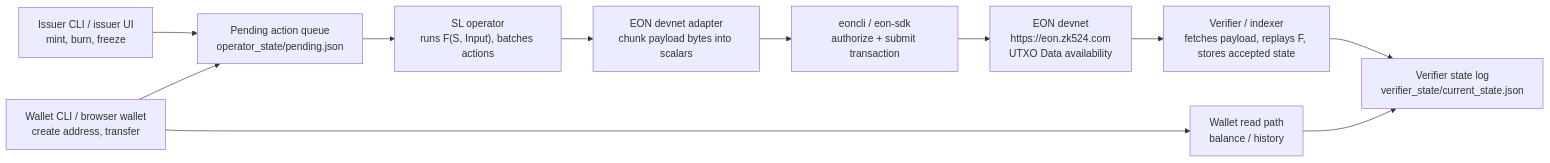
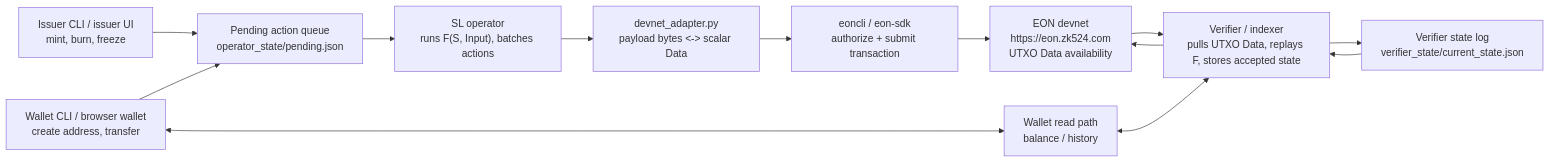
The diagram in README.md (bryfeng/eon-payment-sl-demo), drawn with Mermaid before and after one commit. The commit also changed other lines of this file and 6 other files, not shown here.

Commit message:
Add devnet payload sequencing

````diff
--- a/README.md
+++ b/README.md
@@ -51,24 +54,26 @@
 ```mermaid
 flowchart LR
   issuer["Issuer CLI / issuer UI<br/>mint, burn, freeze"]
   wallet["Wallet CLI / browser wallet<br/>create address, transfer"]
   walletRead["Wallet read path<br/>balance / history"]
   pending["Pending action queue<br/>operator_state/pending.json"]
   operator["SL operator<br/>runs F(S, Input), batches actions"]
-  adapter["EON devnet adapter<br/>chunk payload bytes into scalars"]
+  adapter["devnet_adapter.py<br/>payload bytes <-> scalar Data"]
   eoncli["eoncli / eon-sdk<br/>authorize + submit transaction"]
   devnet["EON devnet<br/>https://eon.zk524.com<br/>UTXO Data availability"]
-  verifier["Verifier / indexer<br/>fetches payload, replays F, stores accepted state"]
+  verifier["Verifier / indexer<br/>pulls UTXO Data, replays F, stores accepted state"]
   verifiedState["Verifier state log<br/>verifier_state/current_state.json"]
 
   issuer --> pending
   wallet --> pending
-  wallet --> walletRead
+  wallet <--> walletRead
   pending --> operator
   operator --> adapter
   adapter --> eoncli
   eoncli --> devnet
+  verifier --> devnet
   devnet --> verifier
   verifier --> verifiedState
-  walletRead --> verifiedState
+  walletRead <--> verifier
+  verifiedState --> verifier
 ```
````
